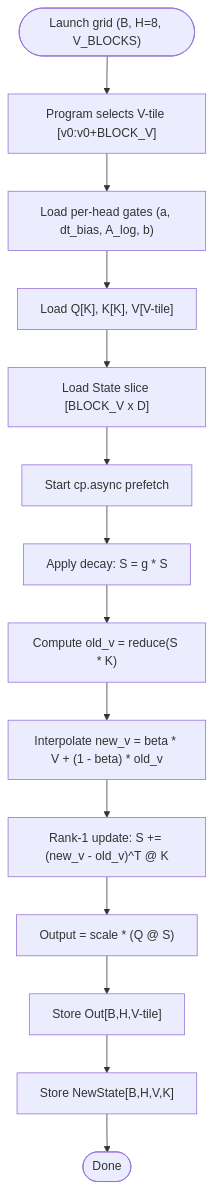
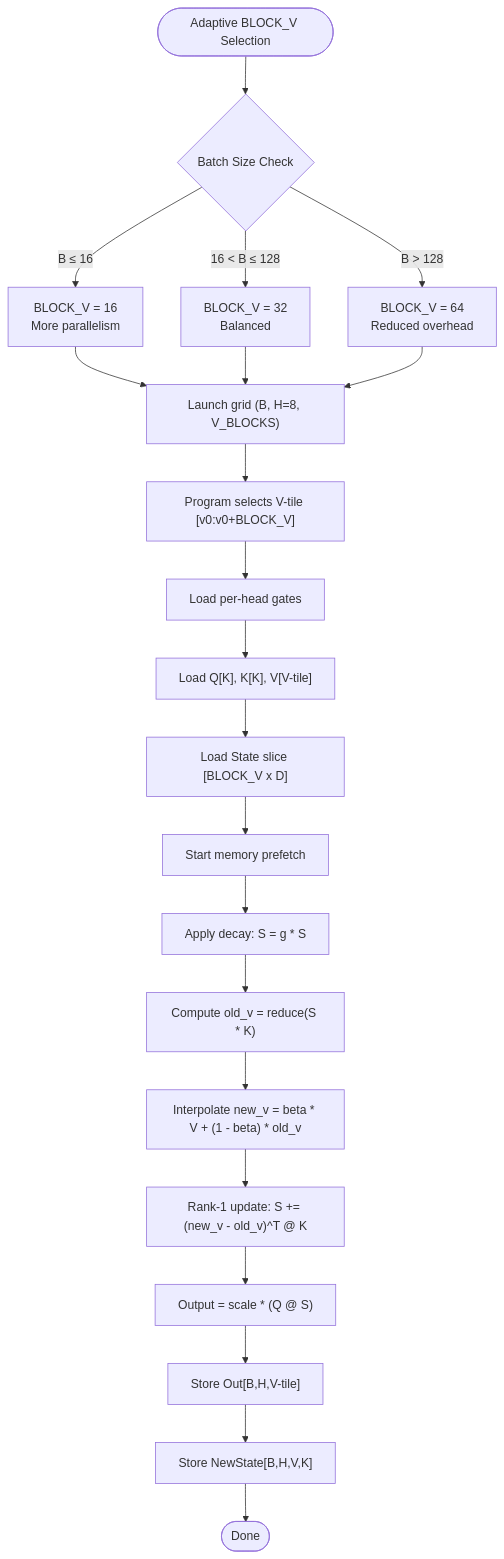
The third of 4 diagrams in .qoder/repowiki/en/content/Core Kernels/GDN Decode Kernel.md (gugudeshubao/flashinfer-bench-tma-thrust), drawn with Mermaid before and after one commit. The commit also changed other lines of this file and 23 other files, not shown here.

````diff
--- a/.qoder/repowiki/en/content/Core Kernels/GDN Decode Kernel.md
+++ b/.qoder/repowiki/en/content/Core Kernels/GDN Decode Kernel.md
@@ -198,16 +147,23 @@
 ```mermaid
 flowchart TD
-Start(["Launch grid (B, H=8, V_BLOCKS)"]) --> SelectTile["Program selects V-tile [v0:v0+BLOCK_V]"]
-SelectTile --> LoadGates["Load per-head gates (a, dt_bias, A_log, b)"]
+Start(["Adaptive BLOCK_V Selection"]) --> CheckBatch{"Batch Size Check"}
+CheckBatch --> |B ≤ 16| Set16["BLOCK_V = 16<br/>More parallelism"]
+CheckBatch --> |16 < B ≤ 128| Set32["BLOCK_V = 32<br/>Balanced"]
+CheckBatch --> |B > 128| Set64["BLOCK_V = 64<br/>Reduced overhead"]
+Set16 --> Launch["Launch grid (B, H=8, V_BLOCKS)"]
+Set32 --> Launch
+Set64 --> Launch
+Launch --> SelectTile["Program selects V-tile [v0:v0+BLOCK_V]"]
+SelectTile --> LoadGates["Load per-head gates"]
 LoadGates --> LoadQKV["Load Q[K], K[K], V[V-tile]"]
 LoadQKV --> LoadState["Load State slice [BLOCK_V x D]"]
-LoadState --> StartPrefetch["Start cp.async prefetch"]
+LoadState --> StartPrefetch["Start memory prefetch"]
 StartPrefetch --> Decay["Apply decay: S = g * S"]
 Decay --> OldV["Compute old_v = reduce(S * K)"]
 OldV --> Interpolate["Interpolate new_v = beta * V + (1 - beta) * old_v"]
 Interpolate --> Rank1["Rank-1 update: S += (new_v - old_v)^T @ K"]
 Rank1 --> Output["Output = scale * (Q @ S)"]
 Output --> StoreOut["Store Out[B,H,V-tile]"]
 StoreOut --> StoreState["Store NewState[B,H,V,K]"]
 StoreState --> End(["Done"])
 ```
````
